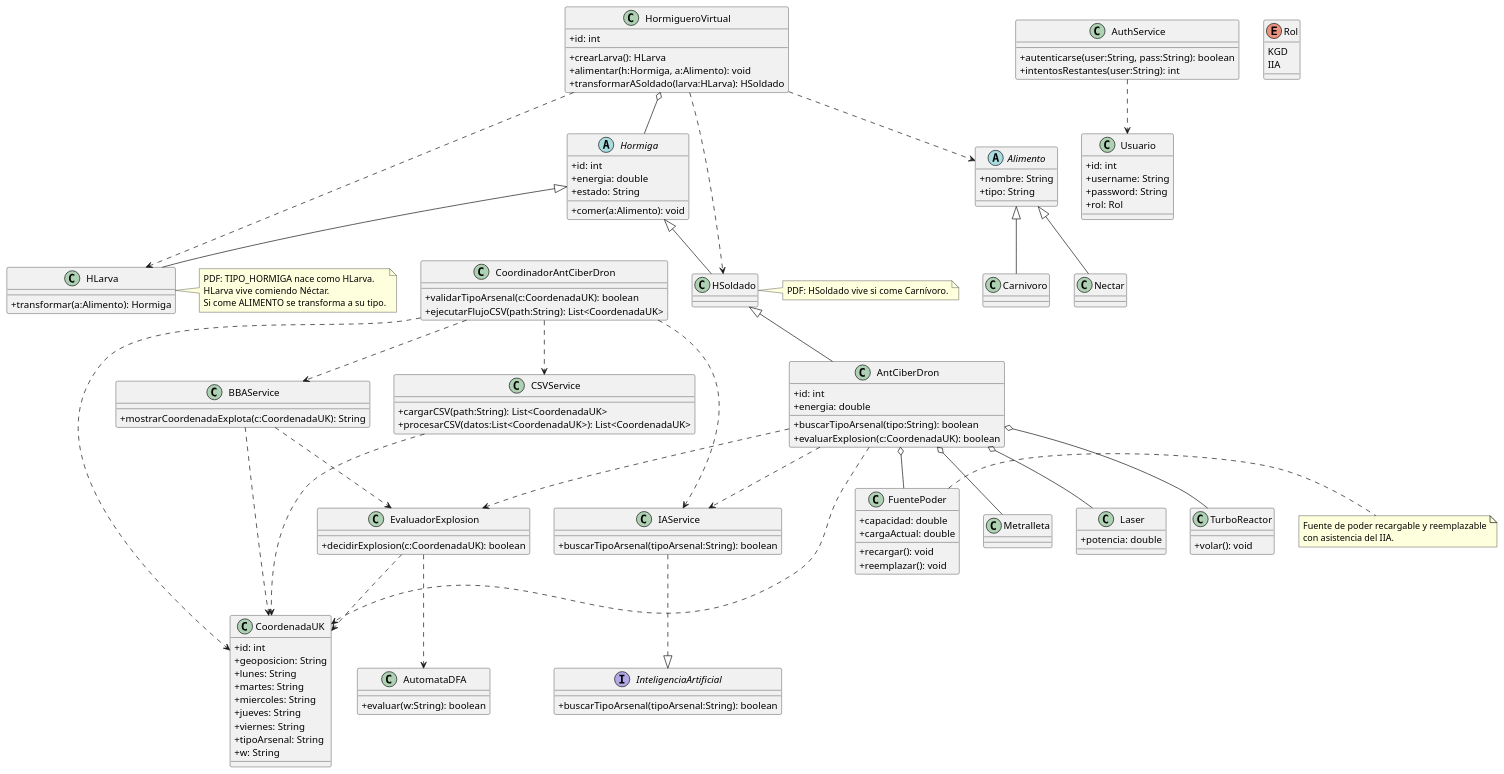
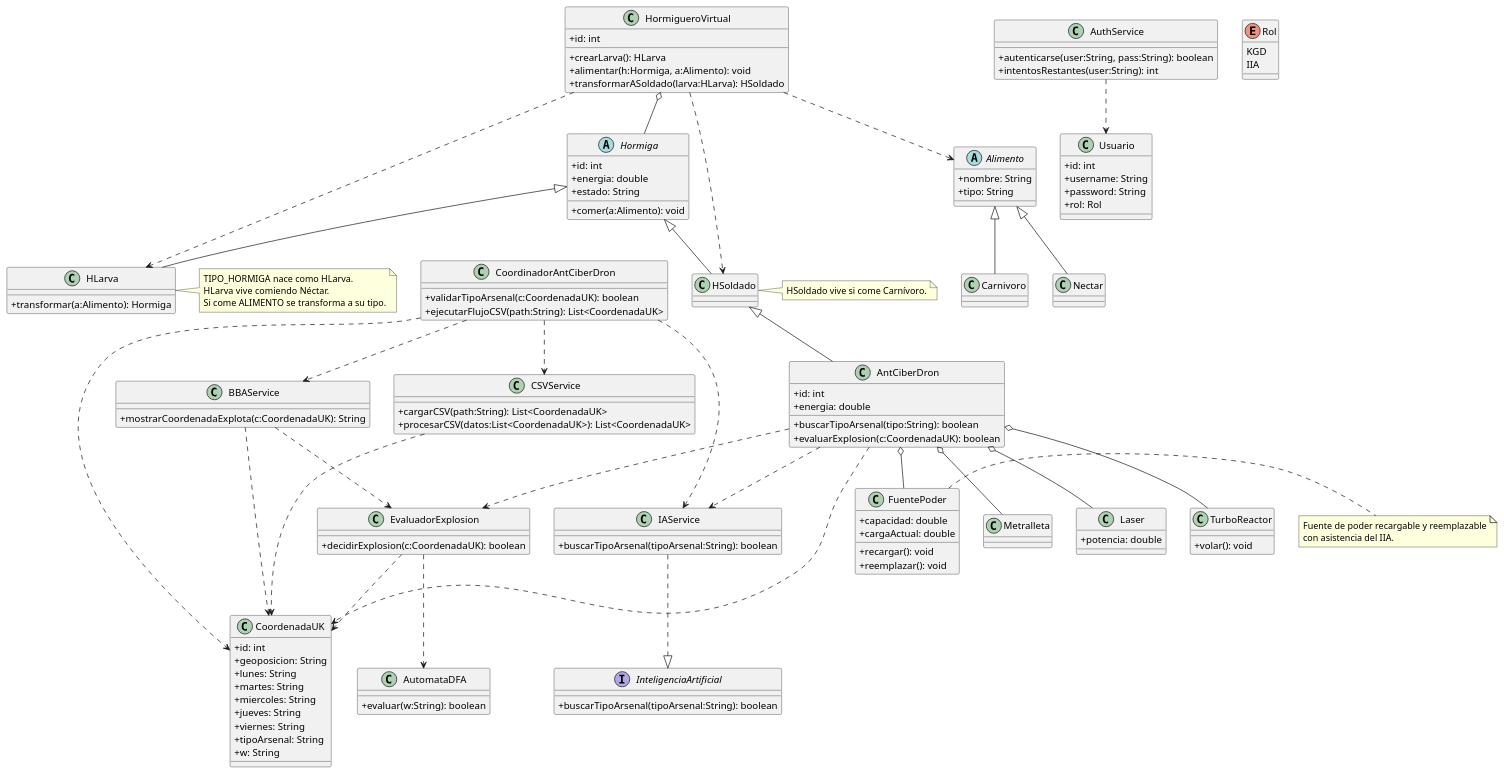
Before and after one commit to marcianitauwu/Workshop-XP: the diagram in XP/2-Design/Diagrama De Clases/DiagramaClases.puml, drawn with PlantUML. The commit also changed 5 other files, not shown here.

```diff
--- a/XP/2-Design/Diagrama De Clases/DiagramaClases.puml
+++ b/XP/2-Design/Diagrama De Clases/DiagramaClases.puml
@@ -1,174 +1,174 @@
 @startuml
 skinparam classAttributeIconSize 0
 
 ' =========================
 ' USUARIOS / ROLES / LOGIN
 ' =========================
 class Usuario {
   +id: int
   +username: String
   +password: String
   +rol: Rol
 }
 
 enum Rol {
   KGD
   IIA
 }
 
 class AuthService {
   +autenticarse(user:String, pass:String): boolean
   +intentosRestantes(user:String): int
 }
 AuthService ..> Usuario
 
 ' =========================
 ' CSV / COORDENADAS
 ' =========================
 class CoordenadaUK {
   +id: int
   +geoposicion: String
   +lunes: String
   +martes: String
   +miercoles: String
   +jueves: String
   +viernes: String
   +tipoArsenal: String
   +w: String
 }
 
 class CSVService {
   +cargarCSV(path:String): List<CoordenadaUK>
   +procesarCSV(datos:List<CoordenadaUK>): List<CoordenadaUK>
 }
 CSVService ..> CoordenadaUK
 
 ' =========================
 ' IA + DFA + BBA
 ' =========================
 interface InteligenciaArtificial {
   +buscarTipoArsenal(tipoArsenal:String): boolean
 }
 
 class IAService {
   +buscarTipoArsenal(tipoArsenal:String): boolean
 }
 IAService ..|> InteligenciaArtificial
 
 class AutomataDFA {
   +evaluar(w:String): boolean
 }
 
 class EvaluadorExplosion {
   +decidirExplosion(c:CoordenadaUK): boolean
 }
 EvaluadorExplosion ..> AutomataDFA
 EvaluadorExplosion ..> CoordenadaUK
 
 class BBAService {
   +mostrarCoordenadaExplota(c:CoordenadaUK): String
 }
 BBAService ..> EvaluadorExplosion
 BBAService ..> CoordenadaUK
 
 class CoordinadorAntCiberDron {
   +validarTipoArsenal(c:CoordenadaUK): boolean
   +ejecutarFlujoCSV(path:String): List<CoordenadaUK>
 }
 CoordinadorAntCiberDron ..> CSVService
 CoordinadorAntCiberDron ..> IAService
 CoordinadorAntCiberDron ..> BBAService
 CoordinadorAntCiberDron ..> CoordenadaUK
 
 ' =========================
 ' HORMIGUERO / CICLO DE VIDA
 ' =========================
 abstract class Hormiga {
   +id: int
   +energia: double
   +estado: String
   +comer(a:Alimento): void
 }
 
 class HLarva {
   +transformar(a:Alimento): Hormiga
 }
 Hormiga <|-- HLarva
 
 class HSoldado
 Hormiga <|-- HSoldado
 
 abstract class Alimento {
   +nombre: String
   +tipo: String
 }
 
 class Nectar
 class Carnivoro
 
 Alimento <|-- Nectar
 Alimento <|-- Carnivoro
 
 note right of HLarva
-  PDF: TIPO_HORMIGA nace como HLarva.
+  TIPO_HORMIGA nace como HLarva.
   HLarva vive comiendo Néctar.
   Si come ALIMENTO se transforma a su tipo.
 end note
 
 note right of HSoldado
-  PDF: HSoldado vive si come Carnívoro.
+  HSoldado vive si come Carnívoro.
 end note
 
 class HormigueroVirtual {
   +id: int
   +crearLarva(): HLarva
   +alimentar(h:Hormiga, a:Alimento): void
   +transformarASoldado(larva:HLarva): HSoldado
 }
 HormigueroVirtual o-- Hormiga
 HormigueroVirtual ..> HLarva
 HormigueroVirtual ..> HSoldado
 HormigueroVirtual ..> Alimento
 
 ' =========================
 ' ANT CIBER DRON (HSoldado)
 ' =========================
 class AntCiberDron {
   +id: int
   +energia: double
   +buscarTipoArsenal(tipo:String): boolean
   +evaluarExplosion(c:CoordenadaUK): boolean
 }
 
 ' AntCiberDron ES un HSoldado
 HSoldado <|-- AntCiberDron
 
 class Metralleta
 class Laser {
   +potencia: double
 }
 class TurboReactor {
   +volar(): void
 }
 class FuentePoder {
   +capacidad: double
   +cargaActual: double
   +recargar(): void
   +reemplazar(): void
 }
 
 AntCiberDron o-- Metralleta
 AntCiberDron o-- Laser
 AntCiberDron o-- TurboReactor
 AntCiberDron o-- FuentePoder
 
 AntCiberDron ..> IAService
 AntCiberDron ..> EvaluadorExplosion
 AntCiberDron ..> CoordenadaUK
 
 note right of FuentePoder
   Fuente de poder recargable y reemplazable
   con asistencia del IIA.
 end note
 
 @enduml
```
